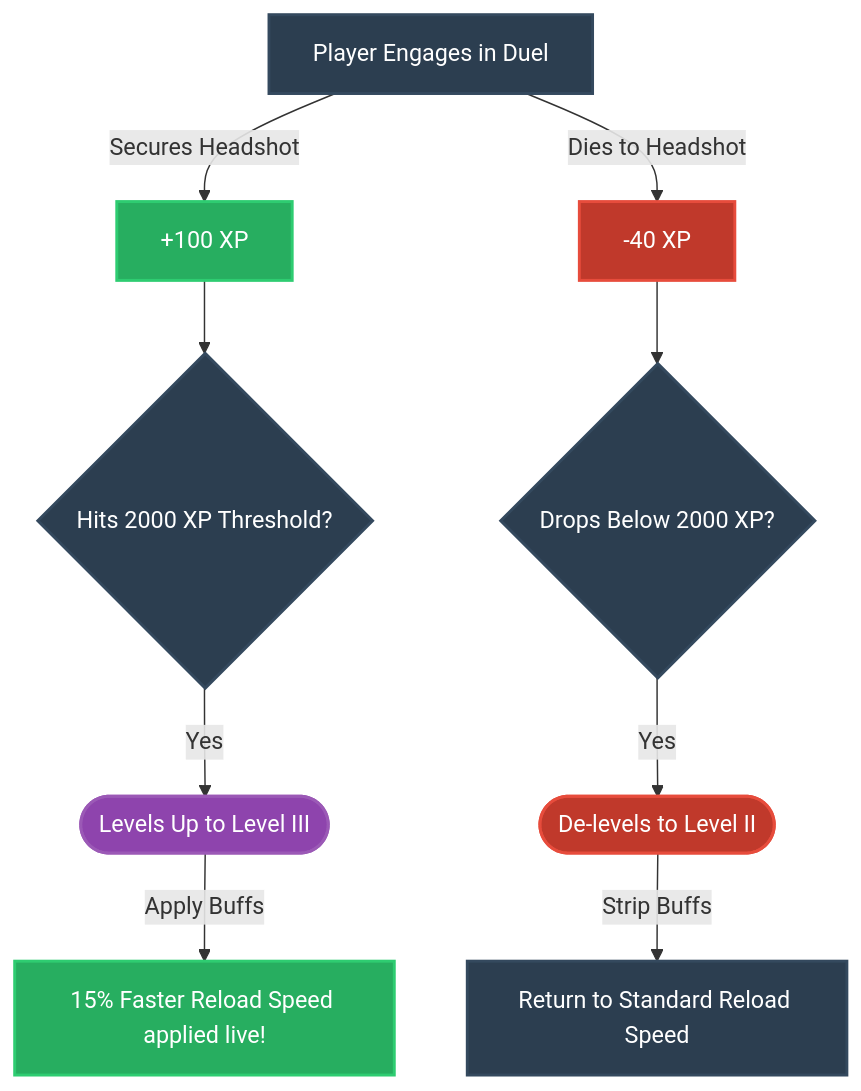
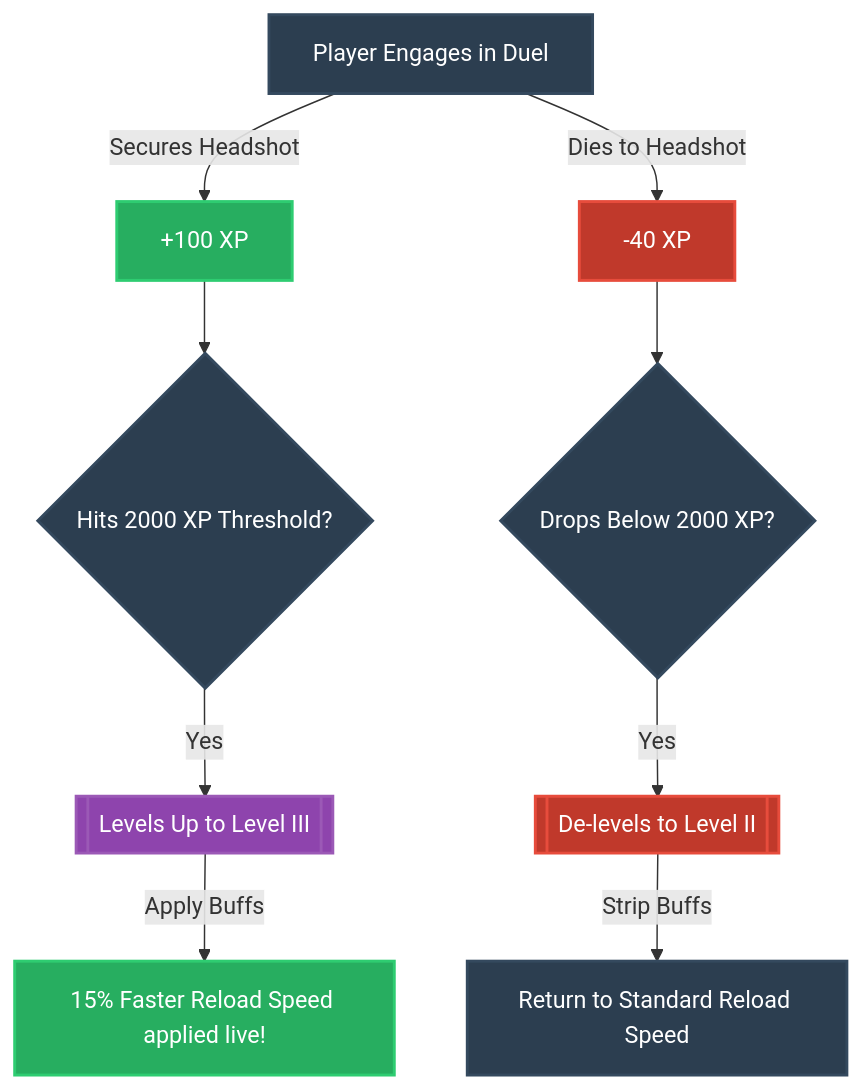
The second of 5 diagrams in README.md (helis-d/ProjectZ), drawn with Mermaid before and after one commit. The commit also changed other lines of this file and 103 other files, not shown here.

Commit message:
docs: Repository cleanup, add Architecture document, and fix Mermaid diagrams for A16Z review

````diff
--- a/README.md
+++ b/README.md
@@ -110,20 +112,24 @@
 ```mermaid
-graph TD
-    classDef Event fill:#2c3e50,stroke:#34495e,stroke-width:2px,color:#fff;
-    classDef Success fill:#27ae60,stroke:#2ecc71,stroke-width:2px,color:#fff;
-    classDef Fail fill:#c0392b,stroke:#e74c3c,stroke-width:2px,color:#fff;
-    classDef Level fill:#8e44ad,stroke:#9b59b6,stroke-width:2px,color:#fff;
+flowchart TD
+    A[Player Engages in Duel] -->|Secures Headshot| B[+100 XP]
+    A -->|Dies to Headshot| C[-40 XP]
+    
+    B --> D{Hits 2000 XP Threshold?}
+    C --> E{Drops Below 2000 XP?}
+    
+    D -->|Yes| F[[Levels Up to Level III]]
+    E -->|Yes| G[[De-levels to Level II]]
+    
+    F -->|Apply Buffs| H[15% Faster Reload Speed applied live!]
+    G -->|Strip Buffs| I[Return to Standard Reload Speed]
 
-    A["Player Engages in Duel"]:::Event
-    A -->|"Secures Headshot"| B["+100 XP"]:::Success
-    A -->|"Dies to Headshot"| C["-40 XP"]:::Fail
-    
-    B --> D{"Hits 2000 XP Threshold?"}:::Event
-    C --> E{"Drops Below 2000 XP?"}:::Event
-    
-    D -->|"Yes"| F(["Levels Up to Level III"]):::Level
-    E -->|"Yes"| G(["De-levels to Level II"]):::Fail
-    
-    F -->|"Apply Buffs"| H["15% Faster Reload Speed applied live!"]:::Success
-    G -->|"Strip Buffs"| I["Return to Standard Reload Speed"]:::Event
+    style A fill:#2c3e50,stroke:#34495e,stroke-width:2px,color:#fff
+    style B fill:#27ae60,stroke:#2ecc71,stroke-width:2px,color:#fff
+    style C fill:#c0392b,stroke:#e74c3c,stroke-width:2px,color:#fff
+    style D fill:#2c3e50,stroke:#34495e,stroke-width:2px,color:#fff
+    style E fill:#2c3e50,stroke:#34495e,stroke-width:2px,color:#fff
+    style F fill:#8e44ad,stroke:#9b59b6,stroke-width:2px,color:#fff
+    style G fill:#c0392b,stroke:#e74c3c,stroke-width:2px,color:#fff
+    style H fill:#27ae60,stroke:#2ecc71,stroke-width:2px,color:#fff
+    style I fill:#2c3e50,stroke:#34495e,stroke-width:2px,color:#fff
 ```
````
